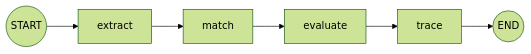
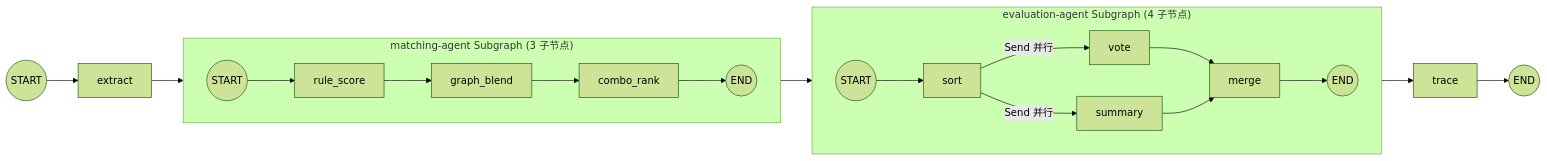
Before and after one commit to zbhzbhzbh11/architecture-assistant: the third of 5 diagrams in docs/02-架构设计文档.md, drawn with Mermaid (forest theme). The commit also changed other lines of this file and 89 other files, not shown here.

First line of the commit message:
feat: LLM-first需求分析 + 12维特征 + 非对称惩罚 + 子图模块化 + 前端改版

````diff
--- a/docs/02-架构设计文档.md
+++ b/docs/02-架构设计文档.md
@@ -333,8 +307,26 @@
 ```mermaid
 graph LR
     S((START)) --> extract
-    extract --> match
-    match --> evaluate
-    evaluate --> trace
+    extract --> match_subgraph
+    match_subgraph --> evaluate_subgraph
+    evaluate_subgraph --> trace
     trace --> E((END))
+
+    subgraph match_subgraph["matching-agent Subgraph (3 子节点)"]
+        direction LR
+        MS((START)) --> rule_score
+        rule_score --> graph_blend
+        graph_blend --> combo_rank
+        combo_rank --> ME((END))
+    end
+
+    subgraph evaluate_subgraph["evaluation-agent Subgraph (4 子节点)"]
+        direction LR
+        ES((START)) --> sort
+        sort -->|Send 并行| vote
+        sort -->|Send 并行| summary
+        vote --> merge
+        summary --> merge
+        merge --> EE((END))
+    end
 ```
````
